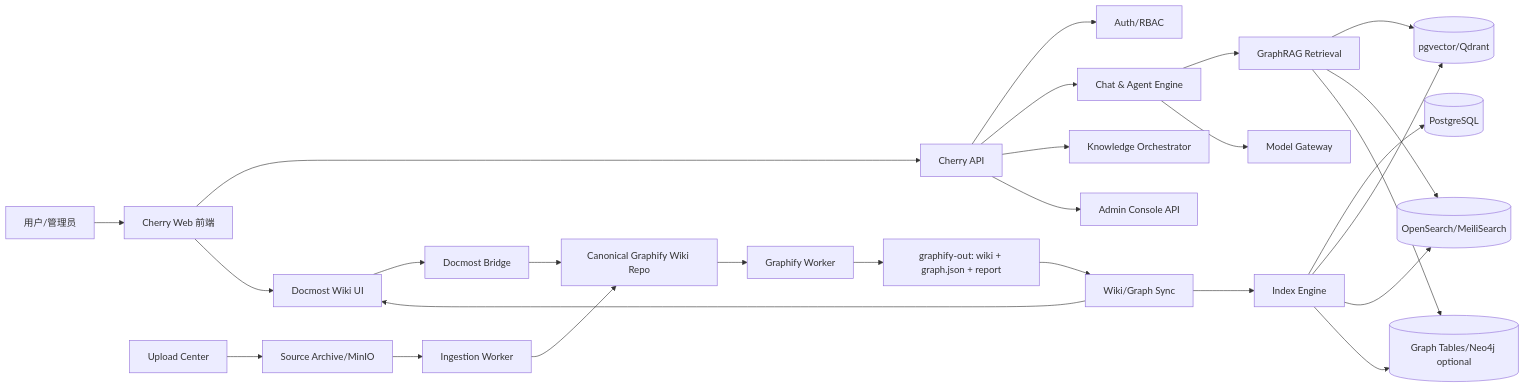
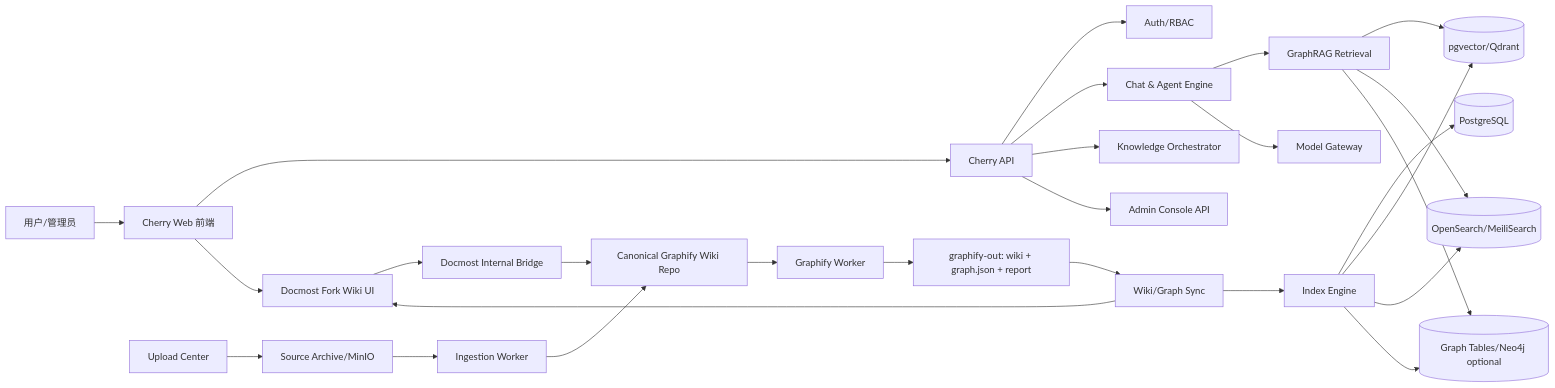
One commit to DankerMu/CherryWiki changed the diagram in docs/README.md. Above: the diagram before and after it, drawn with Mermaid. The commit also changed other lines of this file and 29 other files, not shown here.

````diff
--- a/docs/README.md
+++ b/docs/README.md
@@ -77,35 +87,35 @@
 ```mermaid
 flowchart LR
   U[用户/管理员] --> WEB[Cherry Web 前端]
   WEB --> API[Cherry API]
-  WEB --> DOC[Docmost Wiki UI]
+  WEB --> DOC[Docmost Fork Wiki UI]
 
   API --> AUTH[Auth/RBAC]
   API --> CHAT[Chat & Agent Engine]
   API --> KO[Knowledge Orchestrator]
   API --> ADMIN[Admin Console API]
 
-  DOC --> BRIDGE[Docmost Bridge]
+  DOC --> BRIDGE[Docmost Internal Bridge]
   BRIDGE --> KREPO[Canonical Graphify Wiki Repo]
 
   UP[Upload Center] --> ARCHIVE[Source Archive/MinIO]
   ARCHIVE --> INGEST[Ingestion Worker]
   INGEST --> KREPO
 
   KREPO --> GF[Graphify Worker]
   GF --> GOUT[graphify-out: wiki + graph.json + report]
   GOUT --> SYNC[Wiki/Graph Sync]
   SYNC --> DOC
   SYNC --> IDX[Index Engine]
 
   IDX --> PG[(PostgreSQL)]
   IDX --> VEC[(pgvector/Qdrant)]
   IDX --> SEARCH[(OpenSearch/MeiliSearch)]
   IDX --> GRAPH[(Graph Tables/Neo4j optional)]
 
   CHAT --> RET[GraphRAG Retrieval]
   RET --> VEC
   RET --> SEARCH
   RET --> GRAPH
   CHAT --> LLM[Model Gateway]
 ```
````
